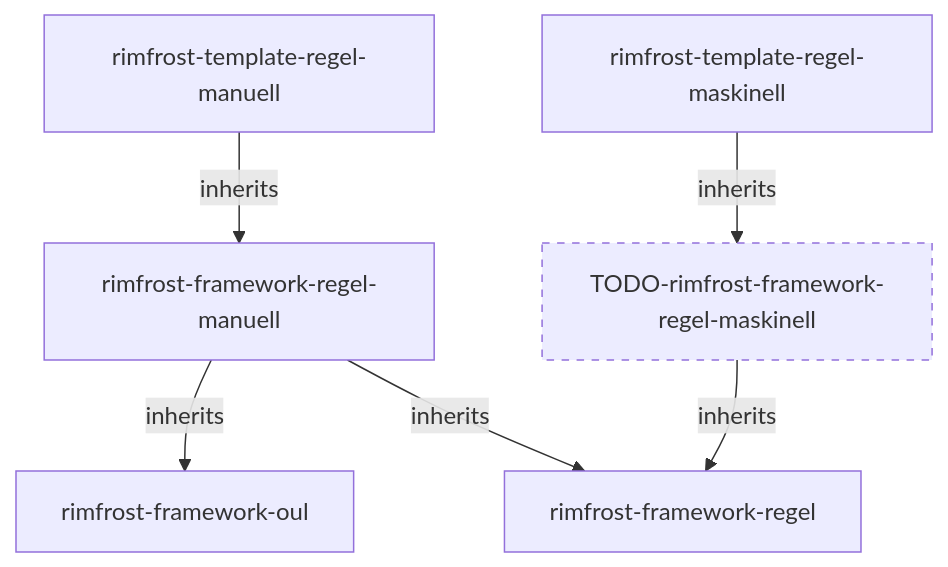
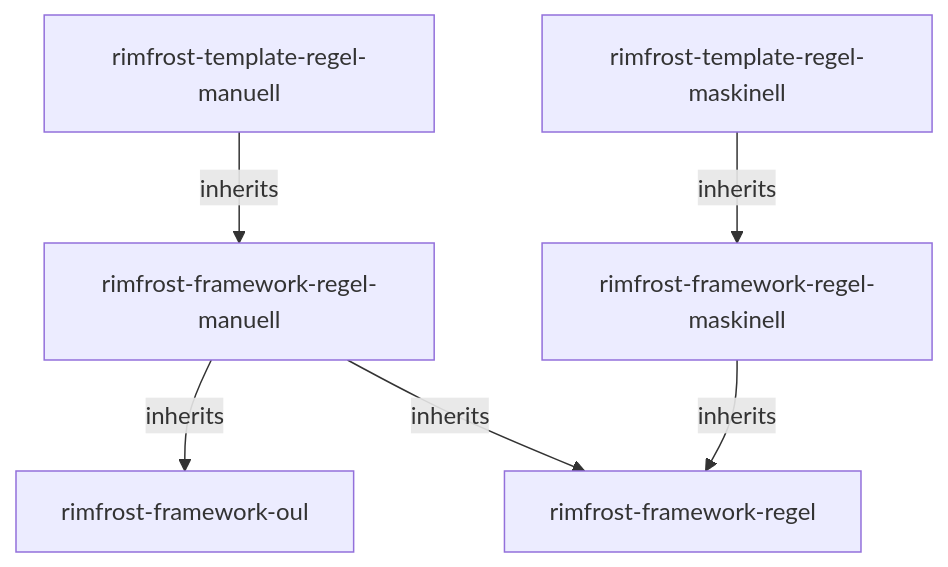
The diagram in FRAMEWORK.md (Forsakringskassan/rimfrost), drawn with Mermaid before and after one commit. The commit also changed other lines of this file, not shown here.

Commit message:
fix: översikt över framework repositories

````diff
--- a/FRAMEWORK.md
+++ b/FRAMEWORK.md
@@ -1,14 +1,13 @@
 ```mermaid
 graph TD
 
     rimfrost-template-regel-manuell -->|inherits| rimfrost-framework-regel-manuell
 
-    rimfrost-template-regel-maskinell -->|inherits| TODO-rimfrost-framework-regel-maskinell
-    TODO-rimfrost-framework-regel-maskinell -->|inherits| rimfrost-framework-regel
+    rimfrost-template-regel-maskinell -->|inherits| rimfrost-framework-regel-maskinell
+    rimfrost-framework-regel-maskinell -->|inherits| rimfrost-framework-regel
 
     rimfrost-framework-regel-manuell -->|inherits| rimfrost-framework-oul
     rimfrost-framework-regel-manuell -->|inherits| rimfrost-framework-regel
 
-    style TODO-rimfrost-framework-regel-maskinell stroke-dasharray: 5 5
     
 ```
````
